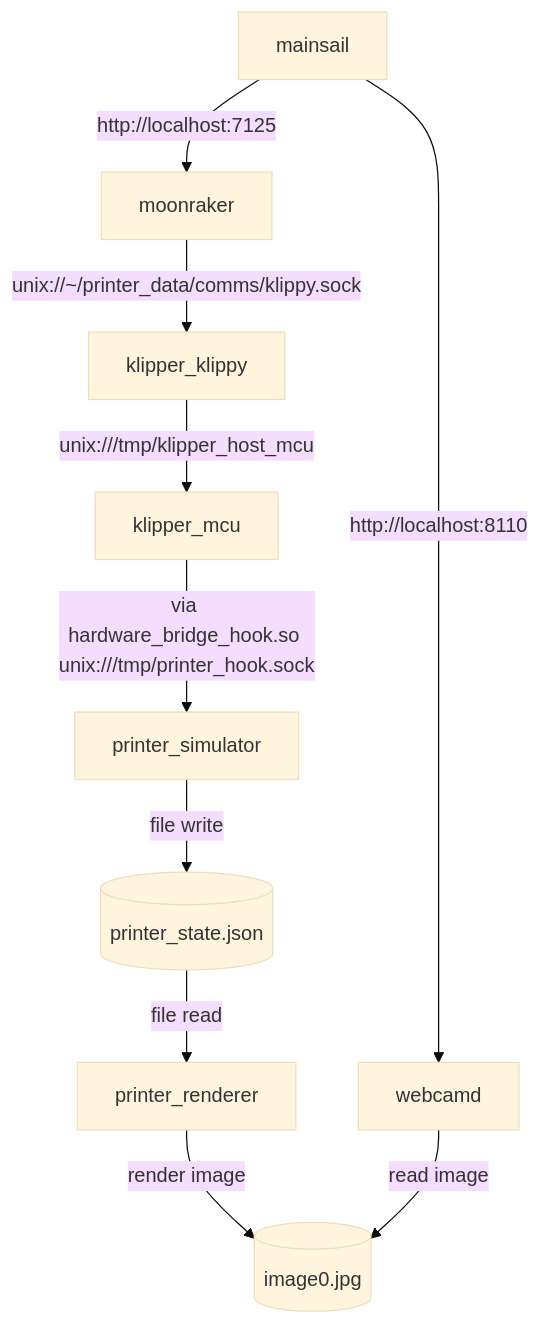
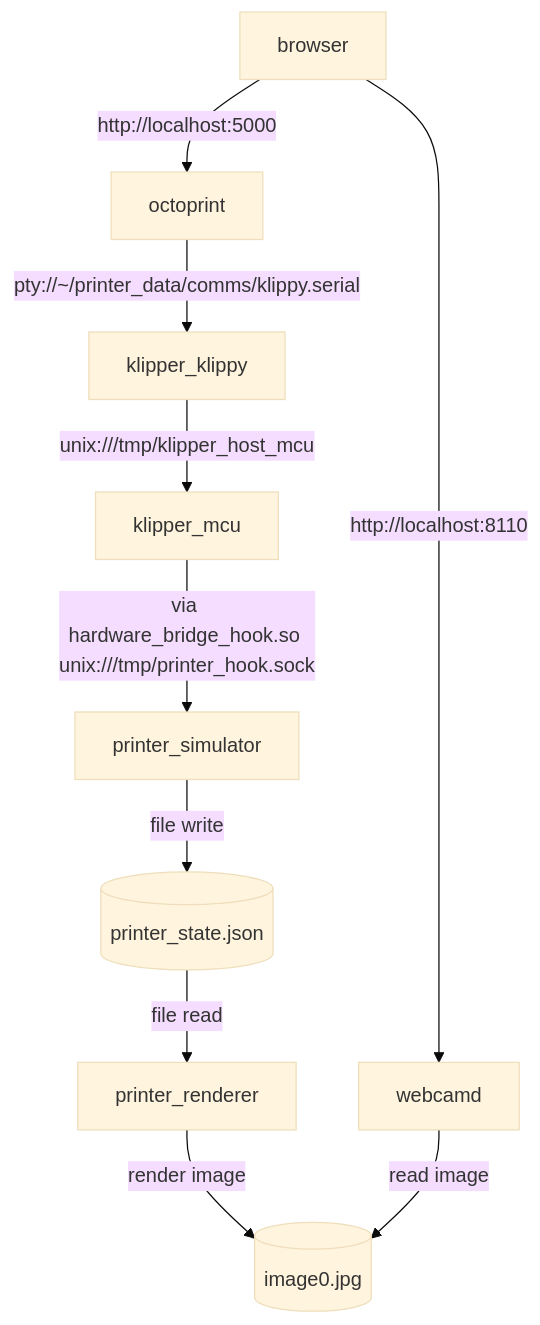
Before and after one commit to joostm8/virtual-klipper-printer: the diagram in README.md, drawn with Mermaid (base theme). The commit also changed other lines of this file and 6 other files, not shown here.

Commit message:
replaced moonraker with octoprint

````diff
--- a/README.md
+++ b/README.md
@@ -87,22 +95,22 @@
 ```mermaid
 graph TD 
-  MAINSAIL[mainsail]
-  MOONRAKER[moonraker]
+   OCTOPRINT[octoprint]
   KLIPPY[klipper_klippy]
   MCU[klipper_mcu]
   SIM[printer_simulator]
   STATE[(printer_state.json)]
   RENDER[printer_renderer]
   IMG[(image0.jpg)]
   CAM[webcamd]
-  MAINSAIL --http://localhost:7125--> MOONRAKER 
-  MAINSAIL --http://localhost:8110--> CAM
-  MOONRAKER --unix://~/printer_data/comms/klippy.sock--> KLIPPY
+   USER[browser]
+   USER --http://localhost:5000--> OCTOPRINT
+   USER --http://localhost:8110--> CAM
+   OCTOPRINT --pty://~/printer_data/comms/klippy.serial--> KLIPPY
   KLIPPY --unix:///tmp/klipper_host_mcu--> MCU
   MCU --via hardware_bridge_hook.so unix:///tmp/printer_hook.sock--> SIM
   SIM --file write--> STATE
   STATE --file read--> RENDER
   RENDER --render image--> IMG
   CAM --read image--> IMG
 
 ```
````
